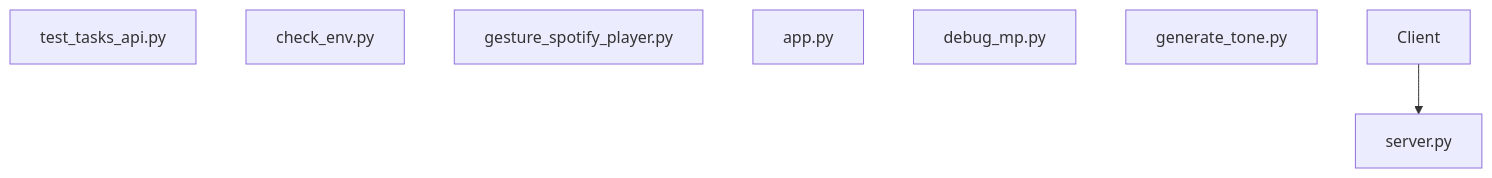
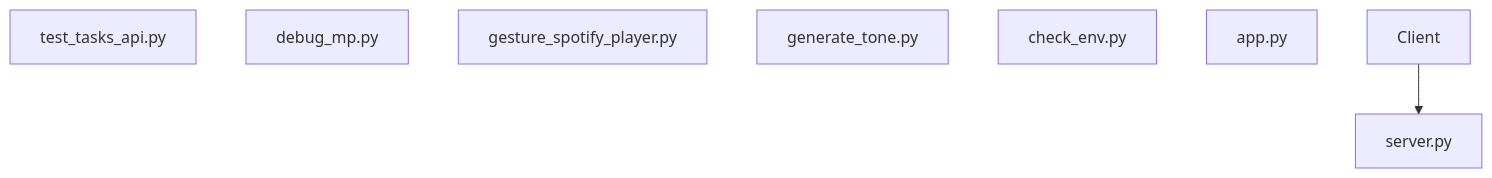
Before and after one commit to NITISH-R-G/PalmPlay: the diagram in diagrams/architecture.mermaid, drawn with Mermaid. The commit also changed other lines of this file and 3 other files, not shown here.

Commit message:
docs(auto): Update repository architecture and README [skip ci]

```diff
--- a/diagrams/architecture.mermaid
+++ b/diagrams/architecture.mermaid
@@ -1,9 +1,9 @@
 graph TD;
     test_tasks_api["test_tasks_api.py"];
-    check_env["check_env.py"];
-    gesture_spotify_player["gesture_spotify_player.py"];
-    app["app.py"];
     server["server.py"];
     debug_mp["debug_mp.py"];
+    gesture_spotify_player["gesture_spotify_player.py"];
     generate_tone["generate_tone.py"];
+    check_env["check_env.py"];
+    app["app.py"];
     Client --> server;
```
